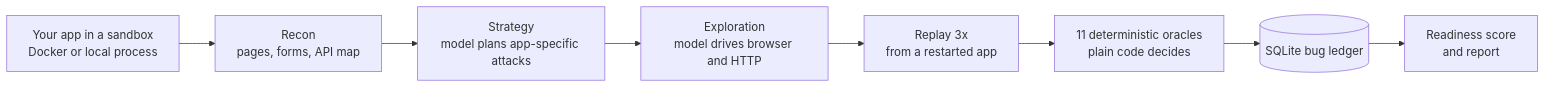
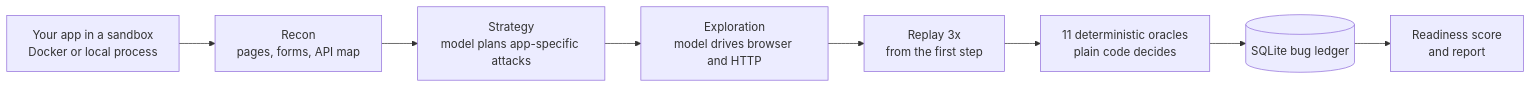
One commit to Barathkumar-17/SENTRI changed the diagram in README.md. Above: the diagram before and after it, drawn with Mermaid. The commit also changed other lines of this file, not shown here.

````diff
--- a/README.md
+++ b/README.md
@@ -23,10 +23,10 @@
 ```mermaid
 flowchart LR
     A[Your app in a sandbox<br/>Docker or local process] --> B[Recon<br/>pages, forms, API map]
     B --> C[Strategy<br/>model plans app-specific attacks]
     C --> D[Exploration<br/>model drives browser and HTTP]
-    D --> E[Replay 3x<br/>from a restarted app]
+    D --> E[Replay 3x<br/>from the first step]
     E --> F[11 deterministic oracles<br/>plain code decides]
     F --> G[(SQLite bug ledger)]
     G --> H[Readiness score<br/>and report]
 ```
````
